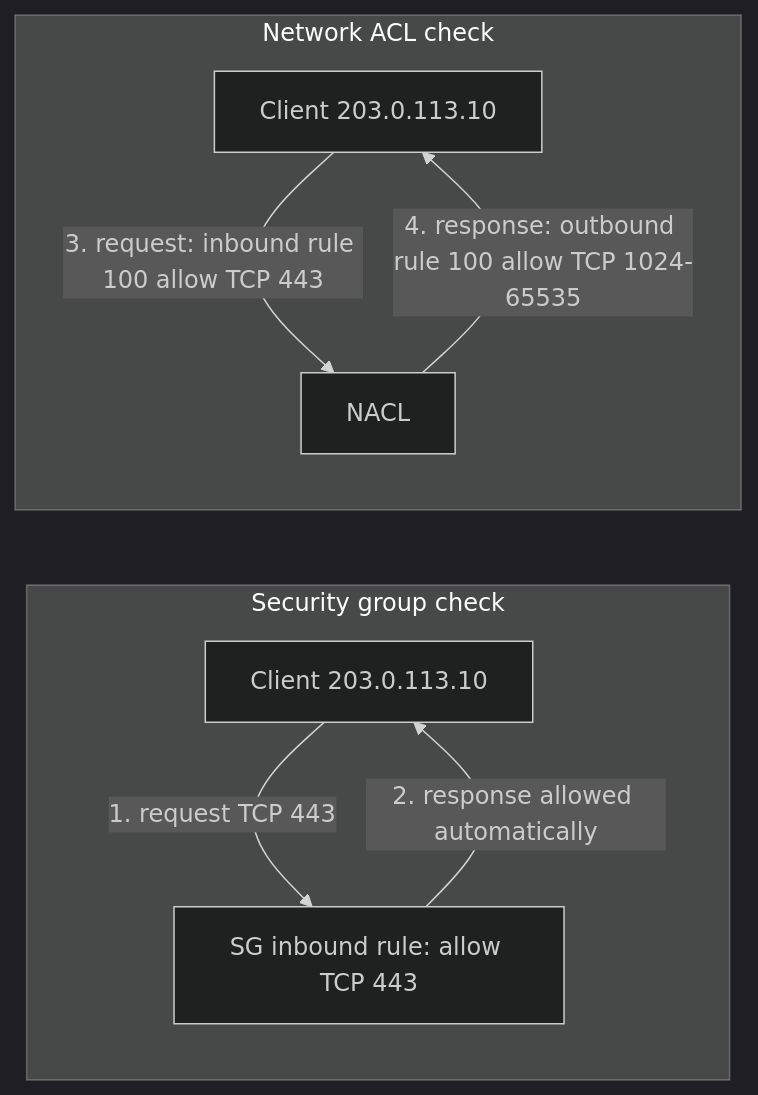
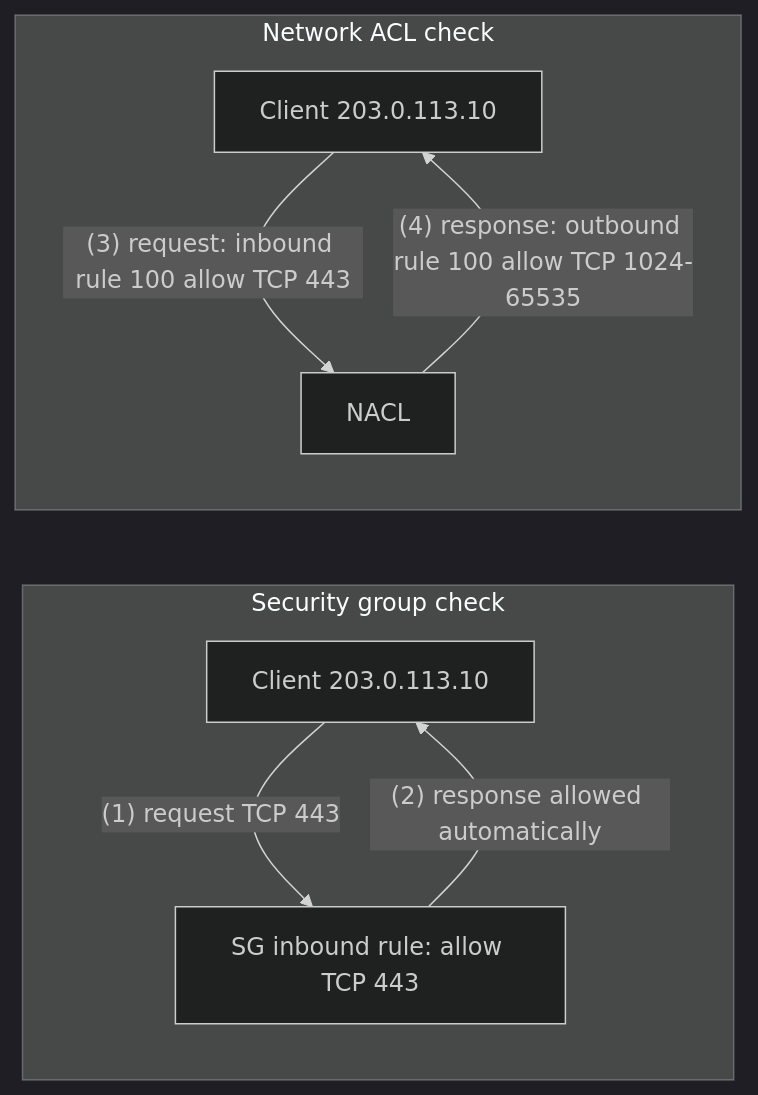
The second of 3 diagrams in AWS/SAA/vpc/security-groups-vs-nacls.md (firmanains/Belajar), drawn with Mermaid (dark theme) before and after one commit. The commit also changed 14 other files, not shown here.

First line of the commit message:
Fix Mermaid labels that rendered as "Unsupported markdown"

````diff
--- a/AWS/SAA/vpc/security-groups-vs-nacls.md
+++ b/AWS/SAA/vpc/security-groups-vs-nacls.md
@@ -58,11 +58,11 @@
 ```mermaid
 flowchart LR
   subgraph sgflow["Security group check"]
-    c1["Client 203.0.113.10"] -->|1. request TCP 443| sgr["SG inbound rule: allow TCP 443"]
-    sgr -->|"2. response allowed automatically"| c1
+    c1["Client 203.0.113.10"] -->|"(1) request TCP 443"| sgr["SG inbound rule: allow TCP 443"]
+    sgr -->|"(2) response allowed automatically"| c1
   end
   subgraph naclflow["Network ACL check"]
-    c2["Client 203.0.113.10"] -->|"3. request: inbound rule 100 allow TCP 443"| n1["NACL"]
-    n1 -->|"4. response: outbound rule 100 allow TCP 1024-65535"| c2
+    c2["Client 203.0.113.10"] -->|"(3) request: inbound rule 100 allow TCP 443"| n1["NACL"]
+    n1 -->|"(4) response: outbound rule 100 allow TCP 1024-65535"| c2
   end
 ```
````
